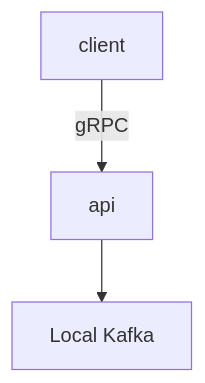
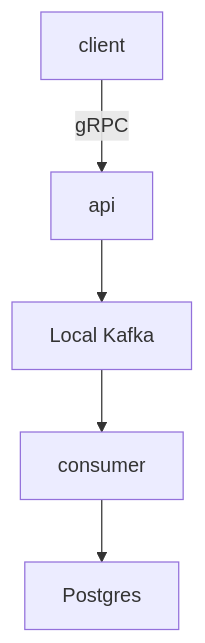
One commit to michaelzg/terrarium changed the diagram in README.md. Above: the diagram before and after it, drawn with Mermaid. The commit also changed other lines of this file and 2 other files, not shown here.

````diff
--- a/README.md
+++ b/README.md
@@ -4,5 +4,7 @@
 ```mermaid
 flowchart TD
     A[client] -->|gRPC| B[api]
     B --> C[Local Kafka]
+    C --> D[consumer]
+    D --> E[Postgres]
 ```
````
